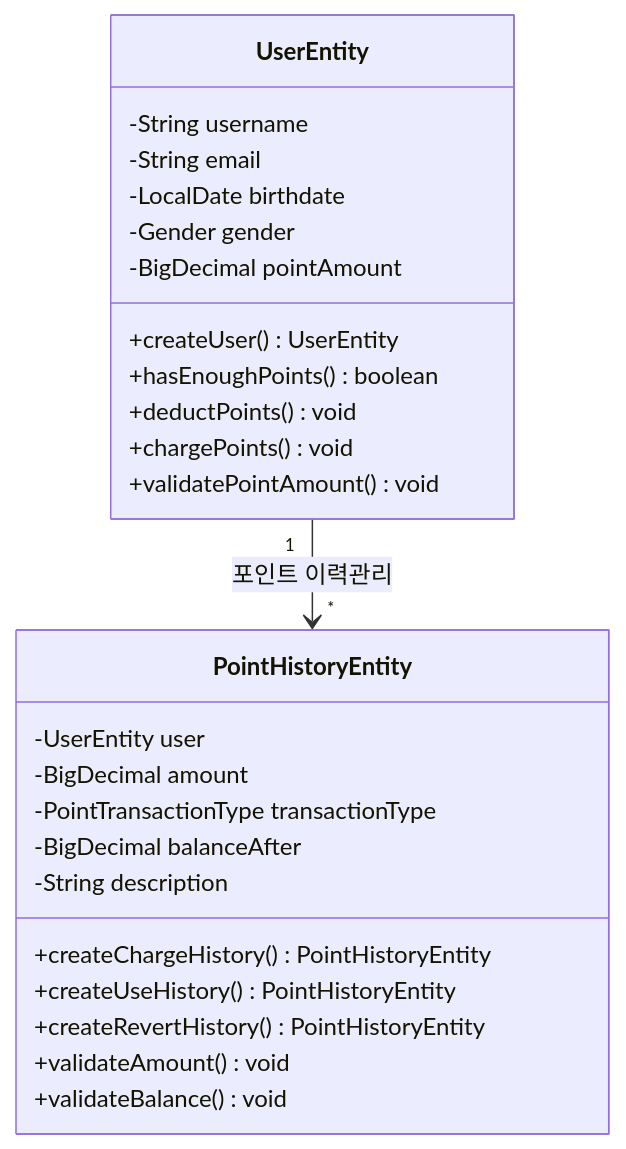
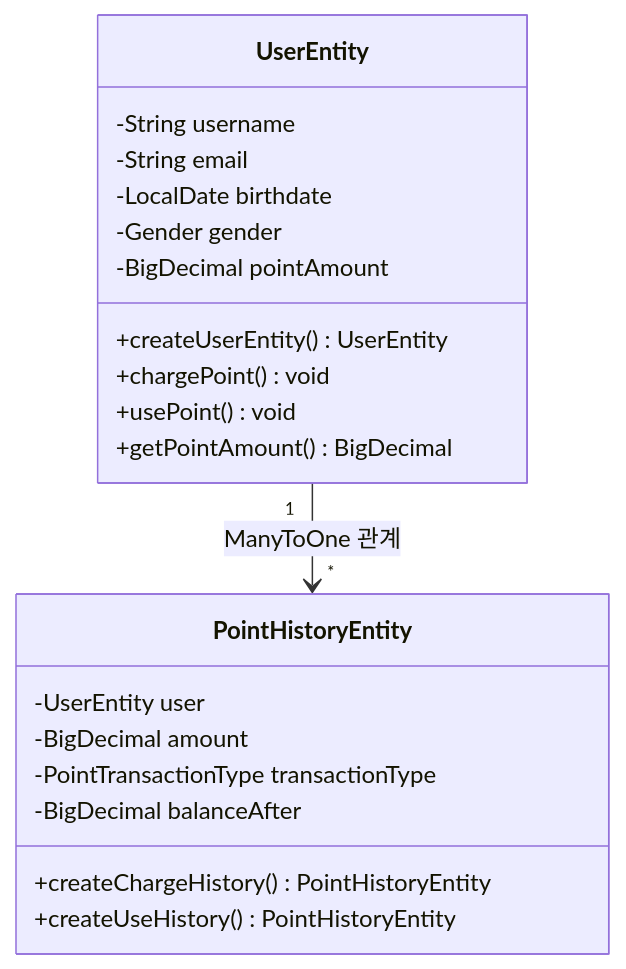
One commit to hyujikoh/loopers-spring-java-template changed the second of 5 diagrams in docs/week2/03-class-diagram.md. Above: the diagram before and after it, drawn with Mermaid. The commit also changed other lines of this file and 2 other files, not shown here.

````diff
--- a/docs/week2/03-class-diagram.md
+++ b/docs/week2/03-class-diagram.md
@@ -137,32 +141,25 @@
 ```mermaid
 classDiagram
     class UserEntity {
         -String username
         -String email
         -LocalDate birthdate
         -Gender gender
         -BigDecimal pointAmount
-        +createUser() UserEntity
-        +hasEnoughPoints() boolean
-        +deductPoints() void
-        +chargePoints() void
-        +validatePointAmount() void
+        +createUserEntity() UserEntity
+        +chargePoint() void
+        +usePoint() void
+        +getPointAmount() BigDecimal
     }
 
     class PointHistoryEntity {
         -UserEntity user
         -BigDecimal amount
         -PointTransactionType transactionType
         -BigDecimal balanceAfter
-        -String description
         +createChargeHistory() PointHistoryEntity
         +createUseHistory() PointHistoryEntity
-        +createRevertHistory() PointHistoryEntity
-        +validateAmount() void
-        +validateBalance() void
     }
 
-
-
-    UserEntity "1" --> "*" PointHistoryEntity : 포인트 이력관리
+    UserEntity "1" --> "*" PointHistoryEntity : ManyToOne 관계
 ```
````
